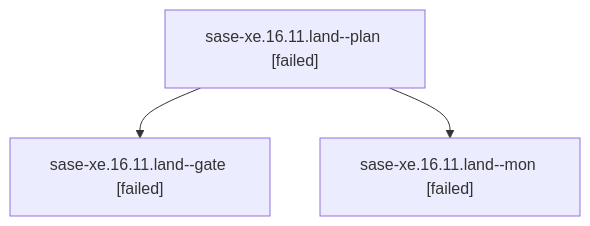
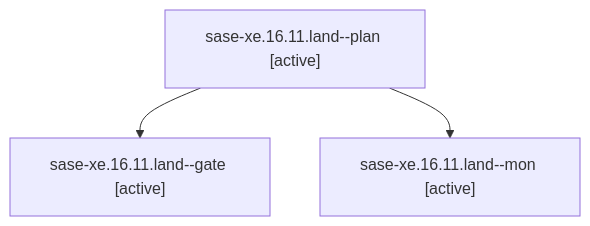
One commit to sase-org/sase--agents changed the diagram in families/bbugyi200.athena.sase-xe.16.11.land.md. Above: the diagram before and after it, drawn with Mermaid. The commit also changed other lines of this file and 35830 other files, not shown here.

````diff
--- a/families/bbugyi200.athena.sase-xe.16.11.land.md
+++ b/families/bbugyi200.athena.sase-xe.16.11.land.md
@@ -9,8 +9,8 @@
 ```mermaid
 flowchart TD
-  n0["sase-xe.16.11.land--plan [failed]"]
-  n1["sase-xe.16.11.land--gate [failed]"]
+  n0["sase-xe.16.11.land--plan [active]"]
+  n1["sase-xe.16.11.land--gate [active]"]
   n0 --> n1
-  n2["sase-xe.16.11.land--mon [failed]"]
+  n2["sase-xe.16.11.land--mon [active]"]
   n0 --> n2
 ```
````
